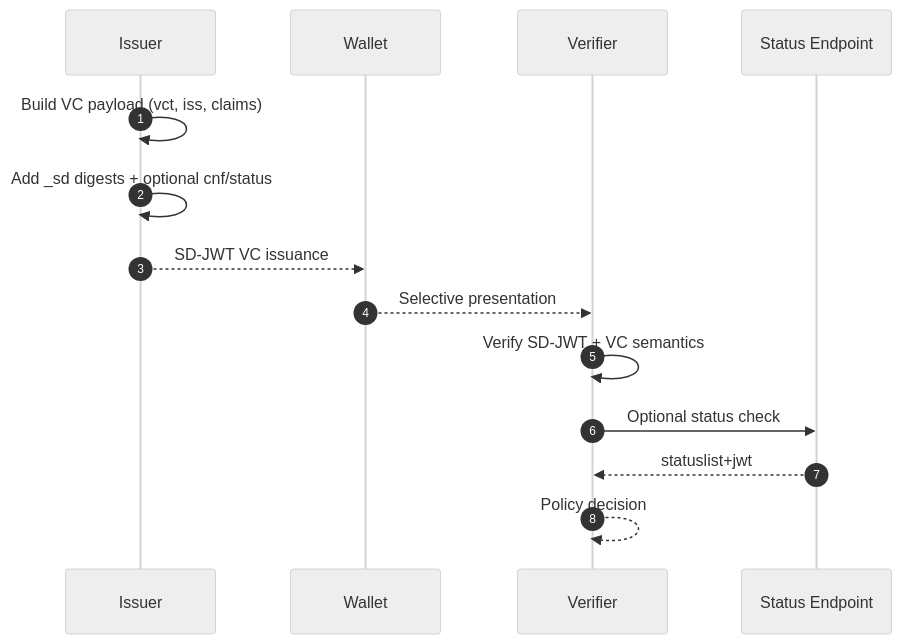
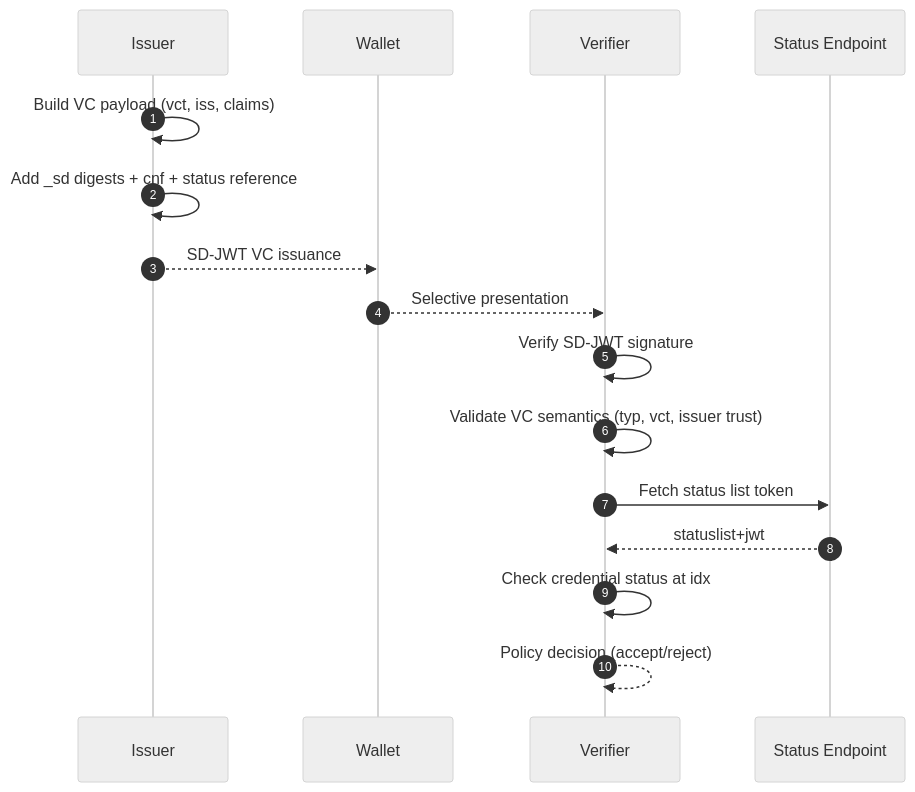
One commit to openwallet-foundation-labs/sd-jwt-dotnet changed the diagram in docs/concepts/verifiable-credential-deep-dive.md. Above: the diagram before and after it, drawn with Mermaid (neutral theme). The commit also changed other lines of this file and 24 other files, not shown here.

````diff
--- a/docs/concepts/verifiable-credential-deep-dive.md
+++ b/docs/concepts/verifiable-credential-deep-dive.md
@@ -48,18 +255,20 @@
 ```mermaid
 sequenceDiagram
   autonumber
   participant Issuer
   participant Wallet
   participant Verifier
   participant Status as Status Endpoint
 
   Issuer->>Issuer: Build VC payload (vct, iss, claims)
-  Issuer->>Issuer: Add _sd digests + optional cnf/status
+  Issuer->>Issuer: Add _sd digests + cnf + status reference
   Issuer-->>Wallet: SD-JWT VC issuance
 
   Wallet-->>Verifier: Selective presentation
-  Verifier->>Verifier: Verify SD-JWT + VC semantics
-  Verifier->>Status: Optional status check
+  Verifier->>Verifier: Verify SD-JWT signature
+  Verifier->>Verifier: Validate VC semantics (typ, vct, issuer trust)
+  Verifier->>Status: Fetch status list token
   Status-->>Verifier: statuslist+jwt
-  Verifier-->>Verifier: Policy decision
+  Verifier->>Verifier: Check credential status at idx
+  Verifier-->>Verifier: Policy decision (accept/reject)
 ```
````
